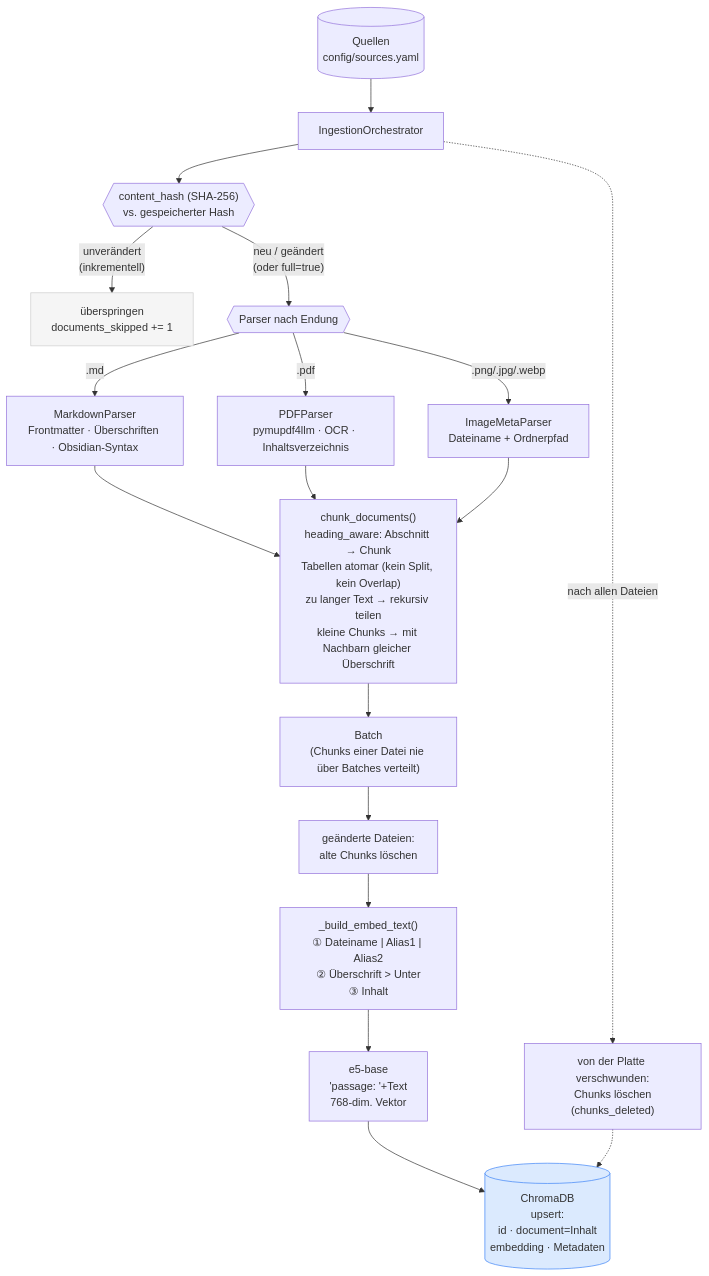
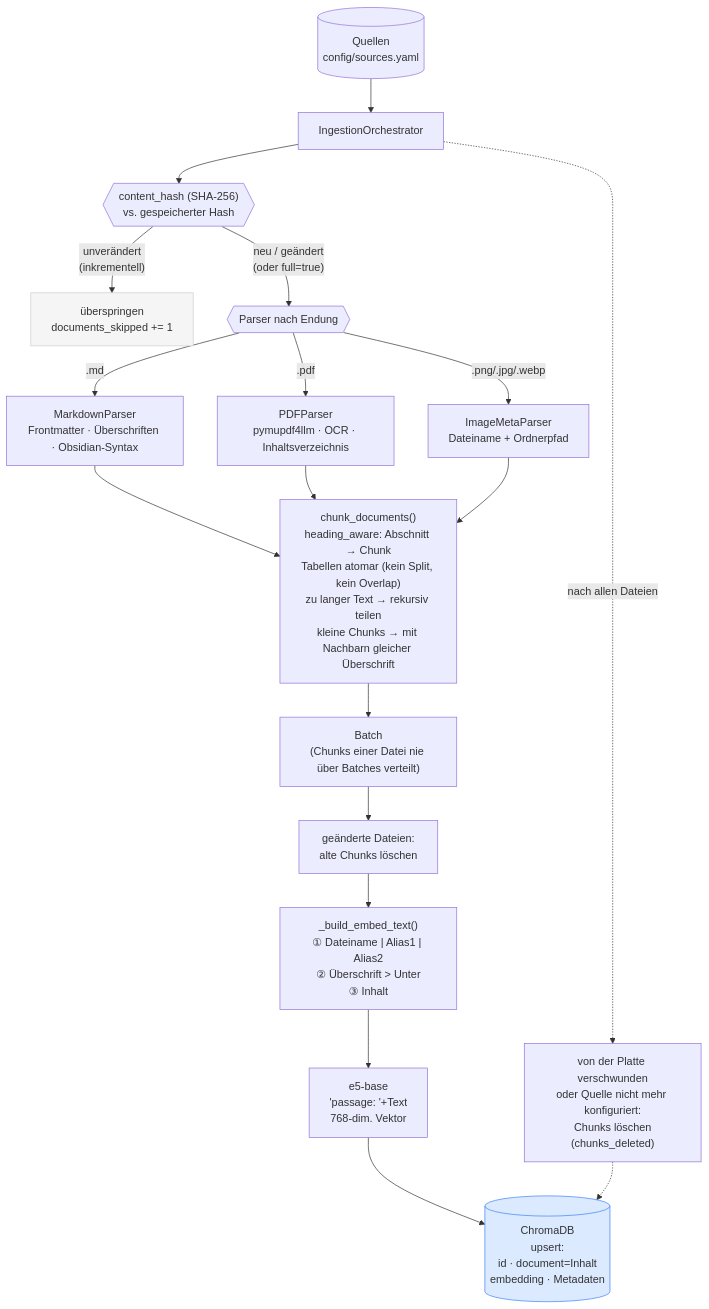
One commit to FabianHentrich/lorekeeper changed the first of 5 diagrams in docs/data-flow.md. Above: the diagram before and after it, drawn with Mermaid. The commit also changed 8 other files, not shown here.

First line of the commit message:
Ingest deletes chunks of sources no longer in sources.yaml (roadmap 12.1)

````diff
--- a/docs/data-flow.md
+++ b/docs/data-flow.md
@@ -19,35 +19,35 @@
 ```mermaid
 flowchart TD
     FS[("Quellen\nconfig/sources.yaml")] --> ORCH[IngestionOrchestrator]
 
     ORCH --> HASH{{"content_hash (SHA-256)\nvs. gespeicherter Hash"}}
 
     HASH -->|"unverändert\n(inkrementell)"| SKIP["überspringen\ndocuments_skipped += 1"]
     HASH -->|"neu / geändert\n(oder full=true)"| PARSE
 
     PARSE{{"Parser nach Endung"}}
     PARSE -->|".md"| MD[MarkdownParser\nFrontmatter · Überschriften · Obsidian-Syntax]
     PARSE -->|".pdf"| PDF[PDFParser\npymupdf4llm · OCR · Inhaltsverzeichnis]
     PARSE -->|".png/.jpg/.webp"| IMG[ImageMetaParser\nDateiname + Ordnerpfad]
 
     MD --> CHUNK
     PDF --> CHUNK
     IMG --> CHUNK
 
     CHUNK["chunk_documents()\nheading_aware: Abschnitt → Chunk\nTabellen atomar (kein Split, kein Overlap)\nzu langer Text → rekursiv teilen\nkleine Chunks → mit Nachbarn gleicher Überschrift"]
 
     CHUNK --> BATCH["Batch\n(Chunks einer Datei nie über Batches verteilt)"]
     BATCH --> DEL["geänderte Dateien:\nalte Chunks löschen"]
     DEL --> EMBED
 
     EMBED["_build_embed_text()\n① Dateiname | Alias1 | Alias2\n② Überschrift > Unter\n③ Inhalt"]
 
     EMBED --> E5["e5-base\n'passage: '+Text\n768-dim. Vektor"]
     E5 --> CHROMA[("ChromaDB\nupsert:\nid · document=Inhalt\nembedding · Metadaten")]
 
-    ORCH -.->|"nach allen Dateien"| ORPHAN["von der Platte verschwunden:\nChunks löschen\n(chunks_deleted)"]
+    ORCH -.->|"nach allen Dateien"| ORPHAN["von der Platte verschwunden\noder Quelle nicht mehr konfiguriert:\nChunks löschen\n(chunks_deleted)"]
     ORPHAN -.-> CHROMA
 
     style SKIP fill:#f5f5f5,stroke:#ccc
     style CHROMA fill:#dbeafe,stroke:#3b82f6
 ```
````
